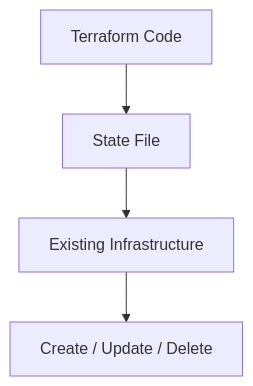
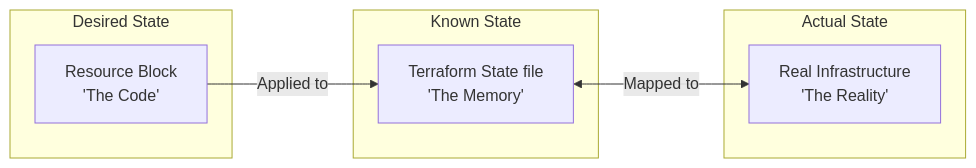
One commit to arira-ai/ar_terraform changed the fifth of 11 diagrams in 02-Terrafrom_Blocks/02.02-Providers_&_Resources.md. Above: the diagram before and after it, drawn with Mermaid. The commit also changed other lines of this file, not shown here.

````diff
--- a/02-Terrafrom_Blocks/02.02-Providers_&_Resources.md
+++ b/02-Terrafrom_Blocks/02.02-Providers_&_Resources.md
@@ -126,6 +459,21 @@
 ```mermaid
-flowchart TD
-A[Terraform Code] --> B[State File]
-B --> C[Existing Infrastructure]
-C --> D[Create / Update / Delete]
+flowchart LR
+    linkStyle default interpolate basis
+
+    subgraph Configuration [Desired State]
+        A[Resource Block <br/> 'The Code']
+    end
+
+    subgraph Management [Known State]
+        B[Terraform State file <br/> 'The Memory']
+    end
+
+    subgraph Cloud [Actual State]
+        C[Real Infrastructure <br/> 'The Reality']
+    end
+
+    %% Flow of Authority
+    A -->|Applied to| B
+    B <-->|Mapped to| C
+
 ```
````
